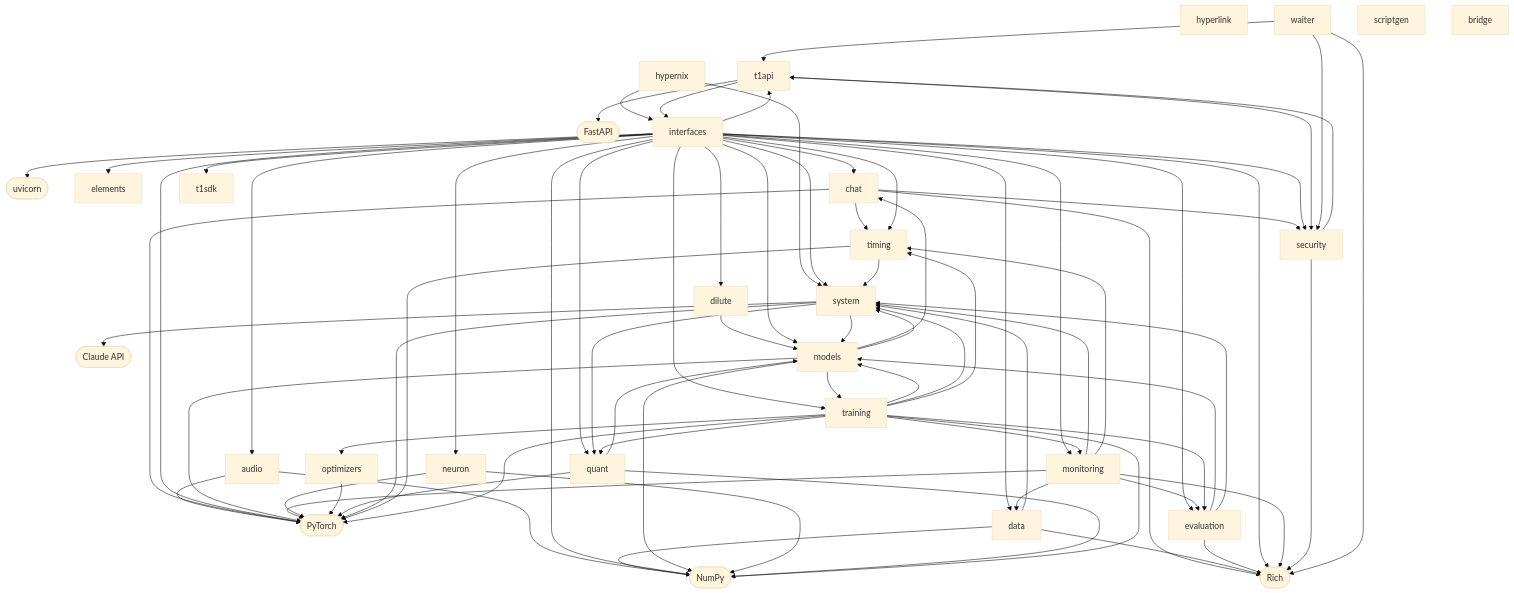
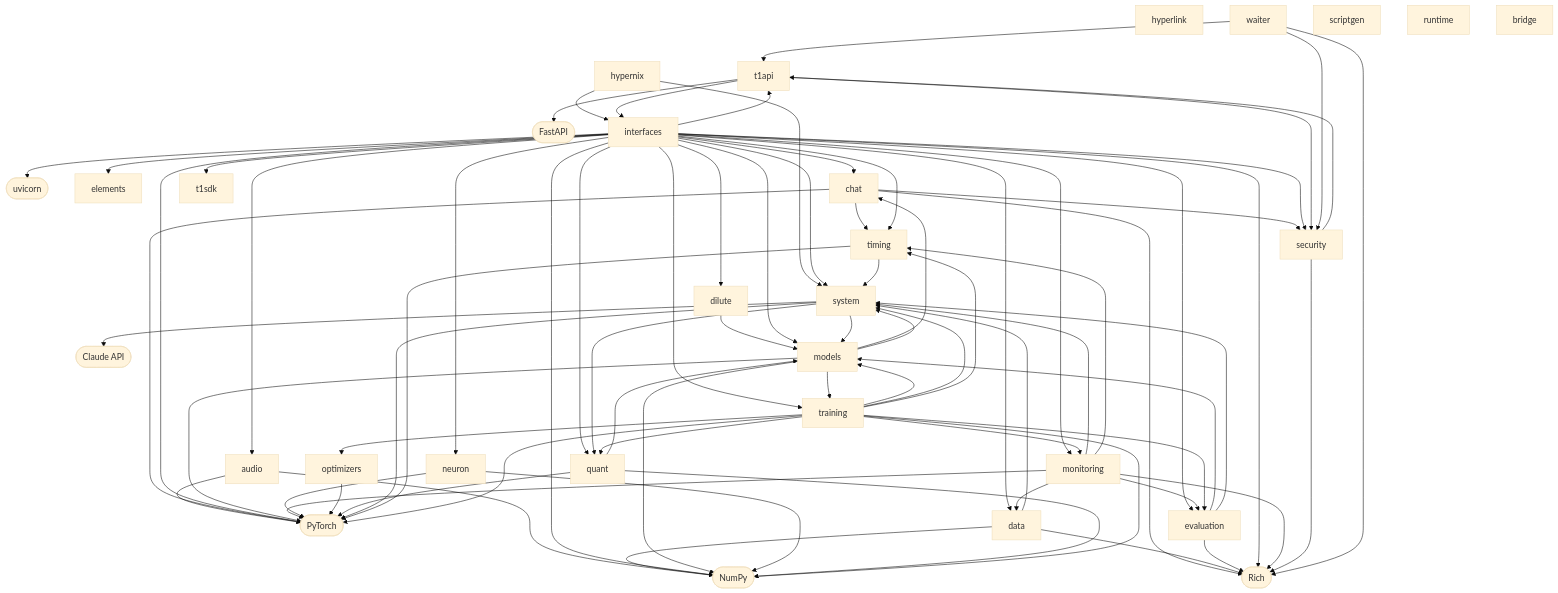
One commit to trail-b1az3r/HyperNix-pip changed the first of 2 diagrams in wiki/Architecture.md. Above: the diagram before and after it, drawn with Mermaid (base theme). The commit also changed 25 other files, not shown here.

```diff
--- a/wiki/Architecture.md
+++ b/wiki/Architecture.md
@@ -63,6 +63,7 @@
     timing["timing"]
     dilute["dilute"]
     t1sdk["t1sdk"]
+    runtime["runtime"]
     bridge["bridge"]
     hypernix["hypernix"]
     chat --> security
```
